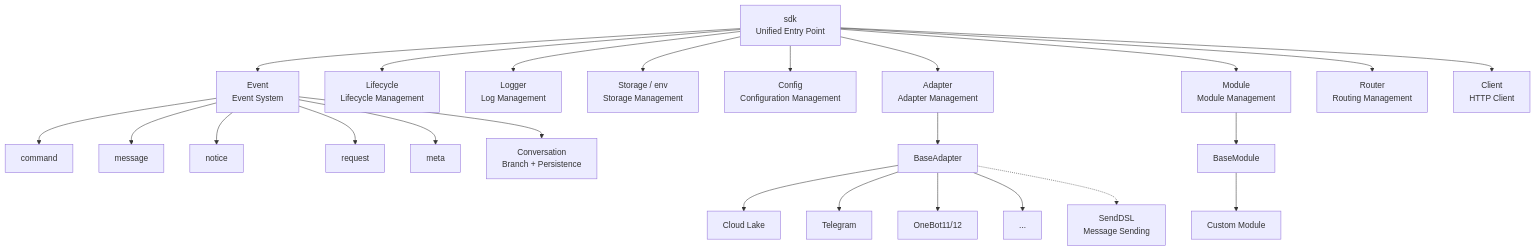
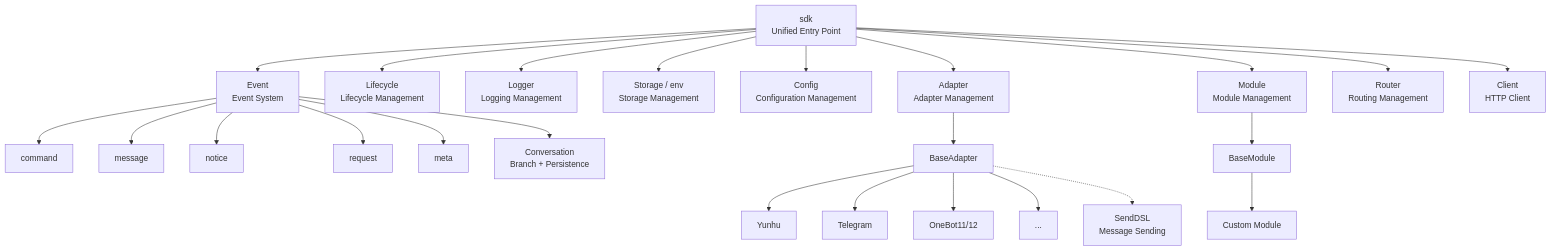
One commit to ErisPulse/ErisPulse changed the first of 10 diagrams in docs/en/architecture.md. Above: the diagram before and after it, drawn with Mermaid. The commit also changed other lines of this file and 83 other files, not shown here.

````diff
--- a/docs/en/architecture.md
+++ b/docs/en/architecture.md
@@ -9,31 +9,31 @@
 ```mermaid
 graph TB
     SDK["sdk<br/>Unified Entry Point"]
 
     SDK --> Event["Event<br/>Event System"]
     SDK --> Lifecycle["Lifecycle<br/>Lifecycle Management"]
-    SDK --> Logger["Logger<br/>Log Management"]
+    SDK --> Logger["Logger<br/>Logging Management"]
     SDK --> Storage["Storage / env<br/>Storage Management"]
     SDK --> Config["Config<br/>Configuration Management"]
     SDK --> AdapterMgr["Adapter<br/>Adapter Management"]
     SDK --> ModuleMgr["Module<br/>Module Management"]
     SDK --> Router["Router<br/>Routing Management"]
     SDK --> Client["Client<br/>HTTP Client"]
     Event --> Command["command"]
     Event --> Message["message"]
     Event --> Notice["notice"]
     Event --> Request["request"]
     Event --> Meta["meta"]
     Event --> Conversation["Conversation<br/>Branch + Persistence"]
 
     AdapterMgr --> BaseAdapter["BaseAdapter"]
-    BaseAdapter --> P1["Cloud Lake"]
+    BaseAdapter --> P1["Yunhu"]
     BaseAdapter --> P2["Telegram"]
     BaseAdapter --> P3["OneBot11/12"]
     BaseAdapter --> PN["..."]
 
     ModuleMgr --> BaseModule["BaseModule"]
     BaseModule --> CM["Custom Module"]
 
     BaseAdapter -.-> SendDSL["SendDSL<br/>Message Sending"]
 ```
````
